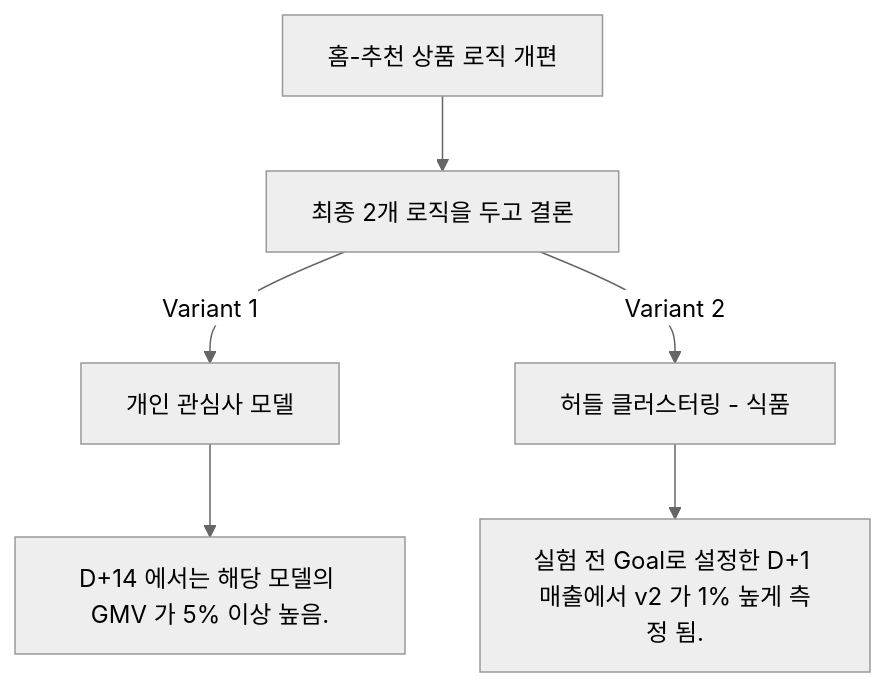
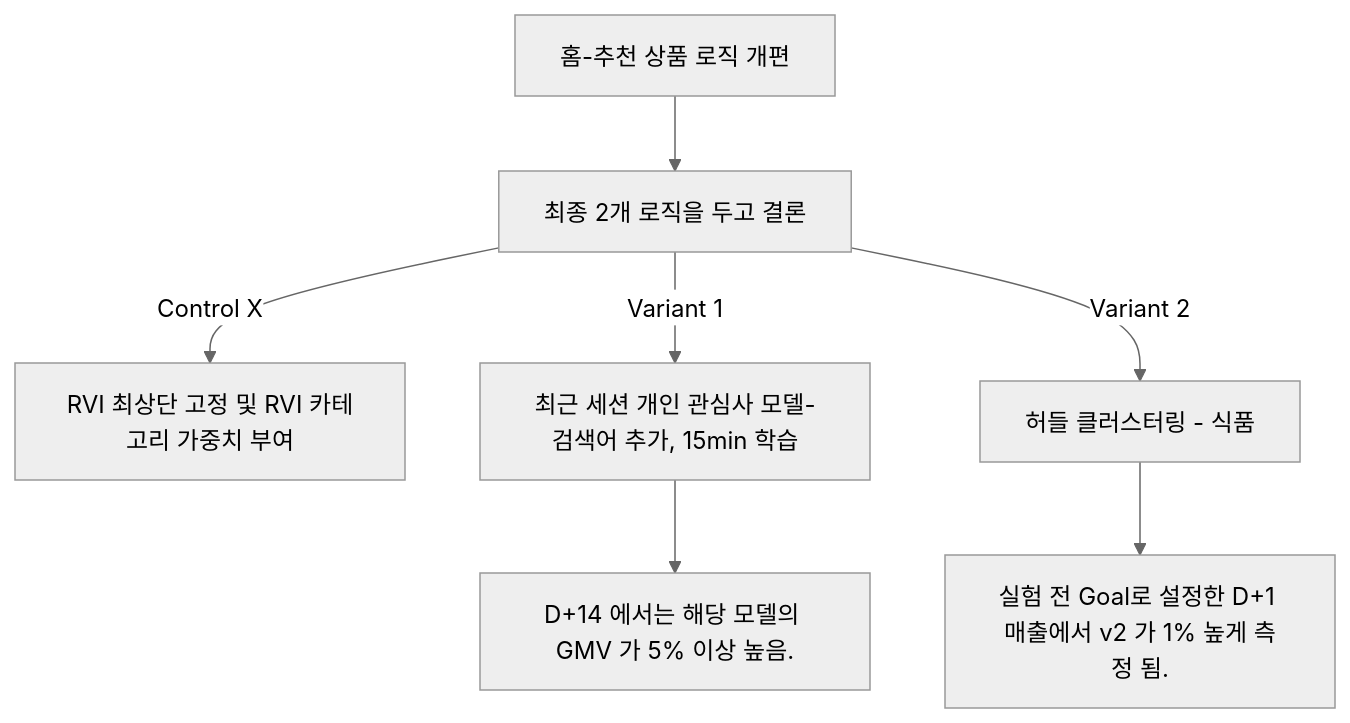
The diagram in 1_Anaysis_History/3_3_Conv_Period.md (seopw28/vex), drawn with Mermaid (neutral theme) before and after one commit. The commit also changed 2 other files, not shown here.

Commit message:
analysis

````diff
--- a/1_Anaysis_History/3_3_Conv_Period.md
+++ b/1_Anaysis_History/3_3_Conv_Period.md
@@ -19,8 +19,9 @@
 ```mermaid
 flowchart TD
 
     a[홈-추천 상품 로직 개편] --> b[최종 2개 로직을 두고 결론]
-    b --> |Variant 1| c[개인 관심사 모델] --> f[D+14 에서는 해당 모델의 GMV 가 5% 이상 높음.]
+    b --> |Control X| e[RVI 최상단 고정 및 RVI 카테고리 가중치 부여 ] 
+    b --> |Variant 1| c[최근 세션 개인 관심사 모델-검색어 추가, 15min 학습] --> f[D+14 에서는 해당 모델의 GMV 가 5% 이상 높음.]
     b --> |Variant 2| d[허들 클러스터링 - 식품] --> g[실험 전 Goal로 설정한 D+1 매출에서 v2 가 1% 높게 측정 됨.]
 
 ```
````
